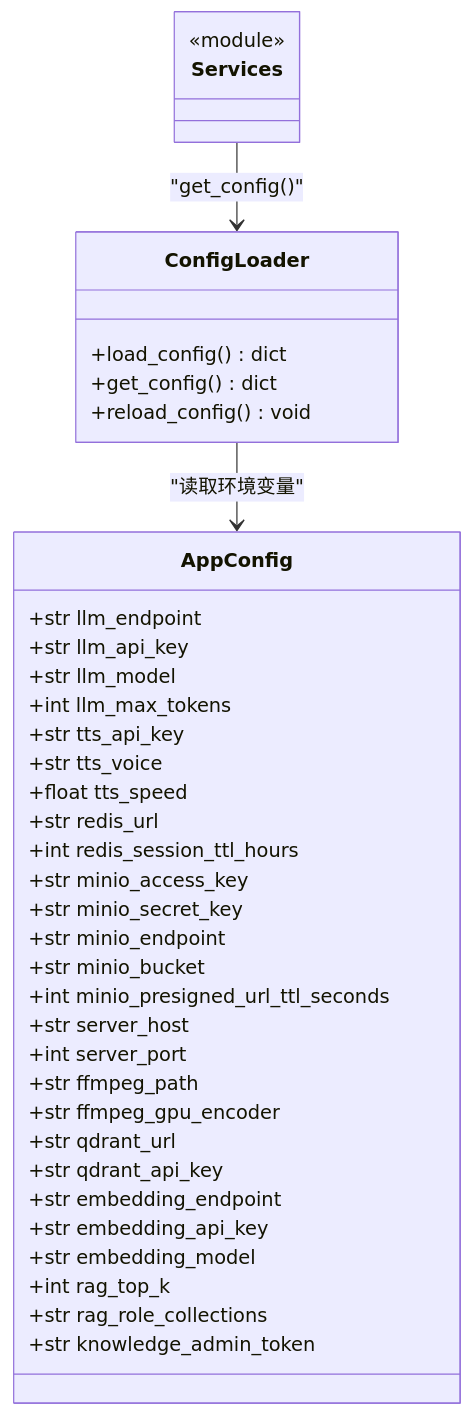
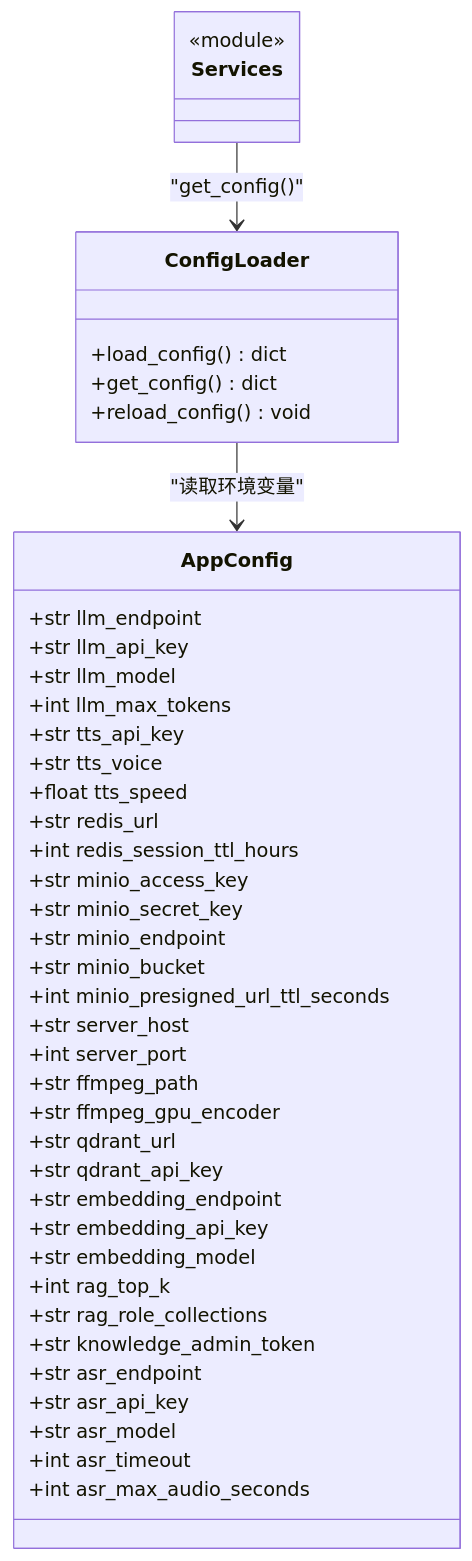
One commit to leo21cn/real-time-talk changed the fourth of 4 diagrams in .qoder/repowiki/zh/content/配置与部署/配置管理系统.md. Above: the diagram before and after it, drawn with Mermaid. The commit also changed other lines of this file and 9 other files, not shown here.

````diff
--- a/.qoder/repowiki/zh/content/配置与部署/配置管理系统.md
+++ b/.qoder/repowiki/zh/content/配置与部署/配置管理系统.md
@@ -229,41 +271,46 @@
 ```mermaid
 classDiagram
 class AppConfig {
 +str llm_endpoint
 +str llm_api_key
 +str llm_model
 +int llm_max_tokens
 +str tts_api_key
 +str tts_voice
 +float tts_speed
 +str redis_url
 +int redis_session_ttl_hours
 +str minio_access_key
 +str minio_secret_key
 +str minio_endpoint
 +str minio_bucket
 +int minio_presigned_url_ttl_seconds
 +str server_host
 +int server_port
 +str ffmpeg_path
 +str ffmpeg_gpu_encoder
 +str qdrant_url
 +str qdrant_api_key
 +str embedding_endpoint
 +str embedding_api_key
 +str embedding_model
 +int rag_top_k
 +str rag_role_collections
 +str knowledge_admin_token
++str asr_endpoint
++str asr_api_key
++str asr_model
++int asr_timeout
++int asr_max_audio_seconds
 }
 class ConfigLoader {
 +load_config() dict
 +get_config() dict
 +reload_config() void
 }
 class Services {
 <<module>>
 }
 ConfigLoader --> AppConfig : "读取环境变量"
 Services --> ConfigLoader : "get_config()"
 ```
````
